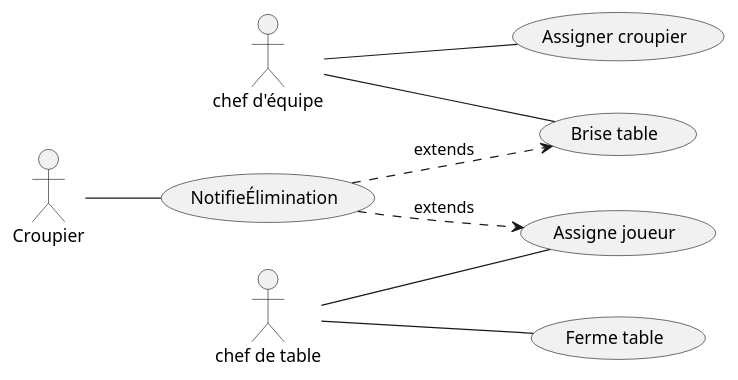
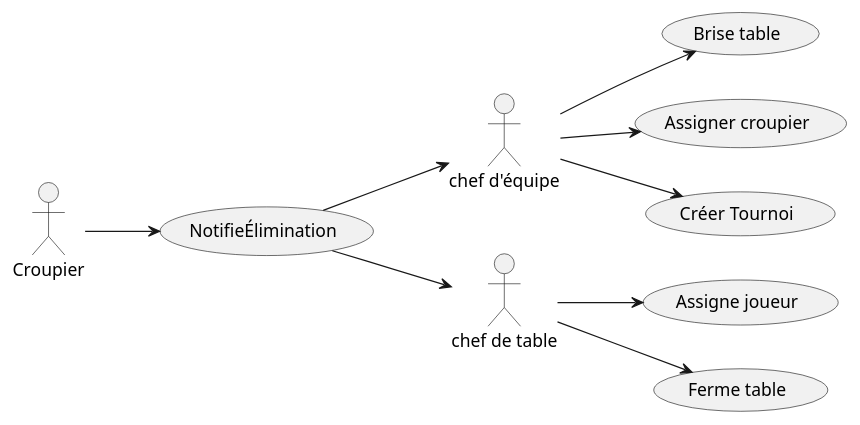
Before and after one commit to 420-3DG-HY/_ExercicesAnalyse: the diagram in docs/1_Analyse/1.3_UseCases/index.md, drawn with PlantUML. The commit also changed 1 other file, not shown here.

Commit message:
robustesse terminée

````diff
--- a/docs/1_Analyse/1.3_UseCases/index.md
+++ b/docs/1_Analyse/1.3_UseCases/index.md
@@ -4,22 +4,23 @@
 ```plantuml
 actor "chef d'équipe" as ChefE
 actor "chef de table" as ChefT
 actor Croupier
 
 left to right direction
 
 usecase "Brise table" as bt
 
 usecase "Assigne joueur" as aj
 
-ChefE --  bt
-ChefE -- (Assigner croupier)
+ChefE -->  bt
+ChefE --> (Assigner croupier)
+ChefE --> (Créer Tournoi)
 
-Croupier -- (NotifieÉlimination)
+Croupier --> (NotifieÉlimination)
 
-ChefT -- (Ferme table)
-ChefT -- aj
+ChefT --> (Ferme table)
+ChefT --> aj
 
-NotifieÉlimination ..>  bt :extends
-NotifieÉlimination ..>  aj :extends
+NotifieÉlimination -->  ChefE
+NotifieÉlimination --> ChefT
 ```
````
